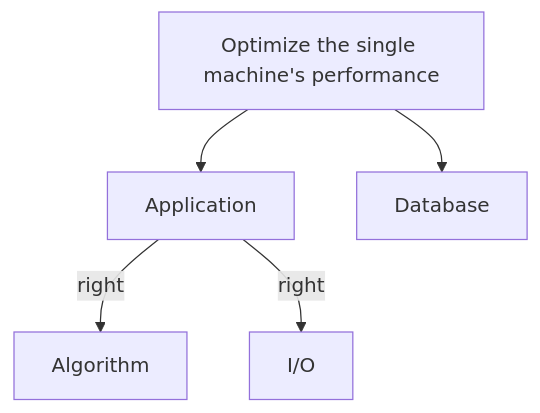
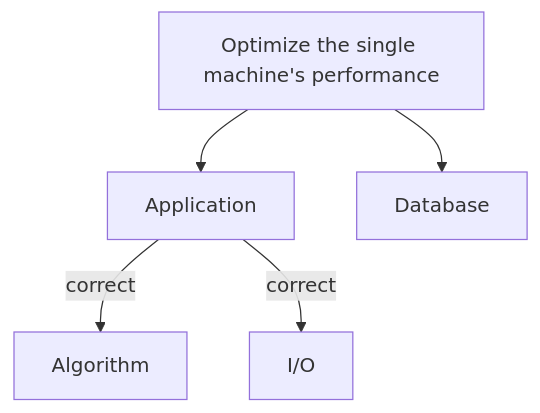
One commit to chengr4/all-about-system changed the diagram in README.md. Above: the diagram before and after it, drawn with Mermaid.

````diff
--- a/README.md
+++ b/README.md
@@ -7,13 +7,13 @@
 ```mermaid
 flowchart TD
   id1["Optimize the single machine's performance"]
   id2["Application"]
   id3["Database"]
   id4["Algorithm"]
   id5["I/O"]
 
   id1 --> id2
   id1 --> id3
-  id2 -->|right| id4
-  id2 -->|right| id5
+  id2 -->|correct| id4
+  id2 -->|correct| id5
 ```
````
